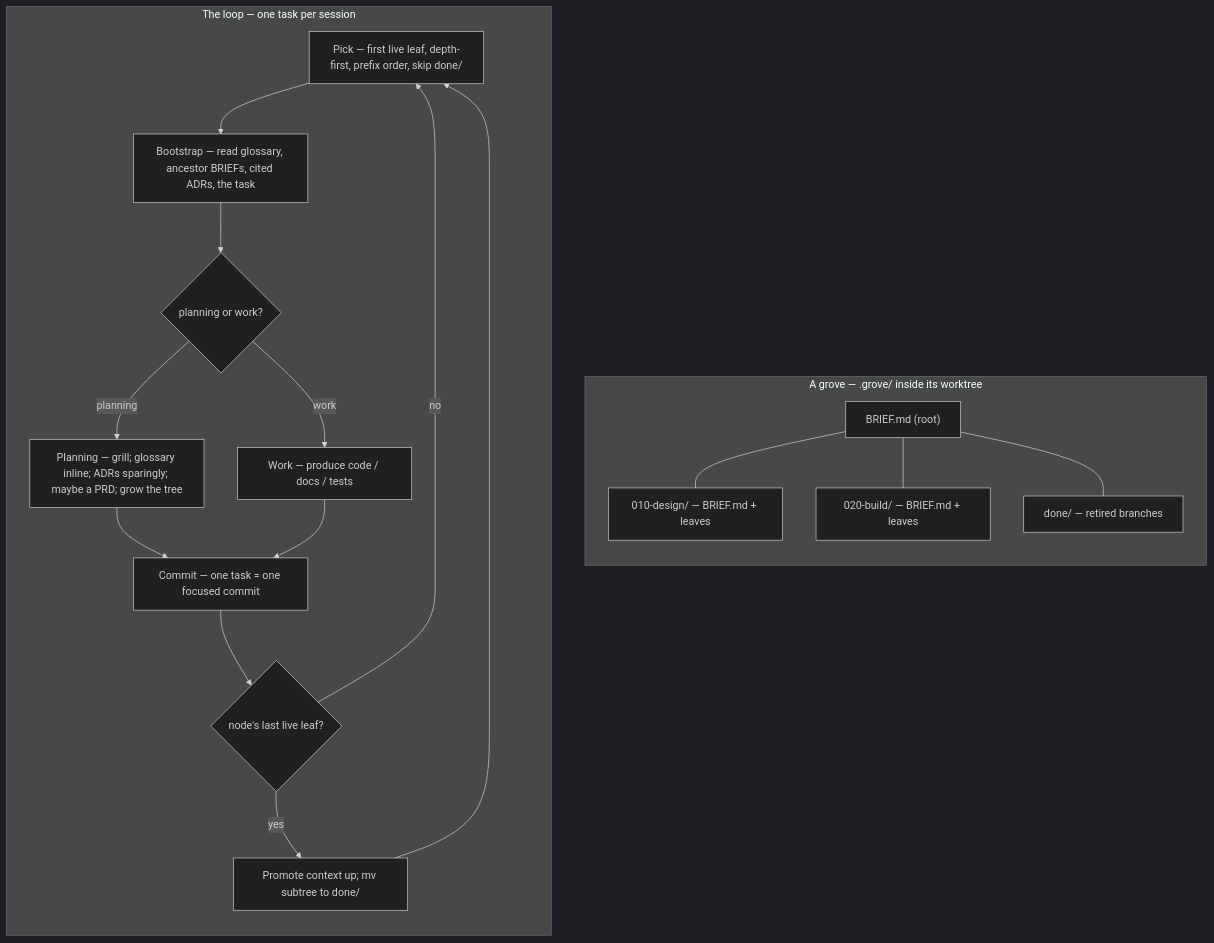
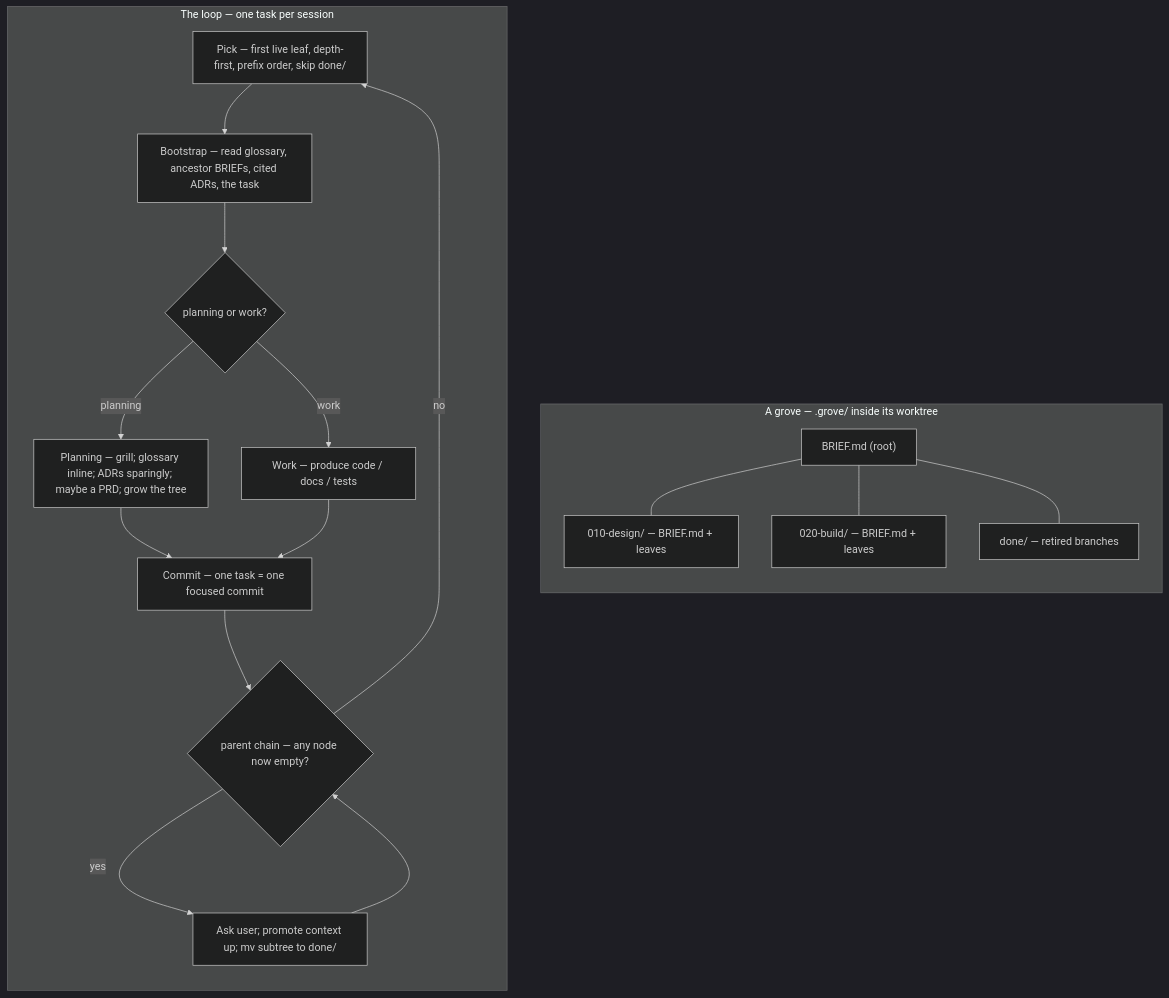
The diagram in content/SKILL.md (Linkuistics/grove), drawn with Mermaid (dark theme) before and after one commit. The commit also changed other lines of this file and 1 other file, not shown here.

First line of the commit message:
docs(skill): make Retire imperative with parent-chain cascade and user ask

````diff
--- a/content/SKILL.md
+++ b/content/SKILL.md
@@ -13,30 +13,30 @@
 ```mermaid
 flowchart TD
   subgraph tree["A grove — .grove/ inside its worktree"]
     direction TB
     root["BRIEF.md (root)"]
     n1["010-design/ — BRIEF.md + leaves"]
     n2["020-build/ — BRIEF.md + leaves"]
     done["done/ — retired branches"]
     root --- n1
     root --- n2
     root --- done
   end
   subgraph loop["The loop — one task per session"]
     direction TB
     pick["Pick — first live leaf, depth-first, prefix order, skip done/"]
     boot["Bootstrap — read glossary, ancestor BRIEFs, cited ADRs, the task"]
     exec{"planning or work?"}
     plan["Planning — grill; glossary inline; ADRs sparingly; maybe a PRD; grow the tree"]
     work["Work — produce code / docs / tests"]
     commit["Commit — one task = one focused commit"]
-    retire{"node's last live leaf?"}
-    ret["Promote context up; mv subtree to done/"]
+    retire{"parent chain — any node now empty?"}
+    ret["Ask user; promote context up; mv subtree to done/"]
     pick --> boot --> exec
     exec -->|planning| plan --> commit
     exec -->|work| work --> commit
     commit --> retire
-    retire -->|yes| ret --> pick
+    retire -->|yes| ret --> retire
     retire -->|no| pick
   end
 ```
````
